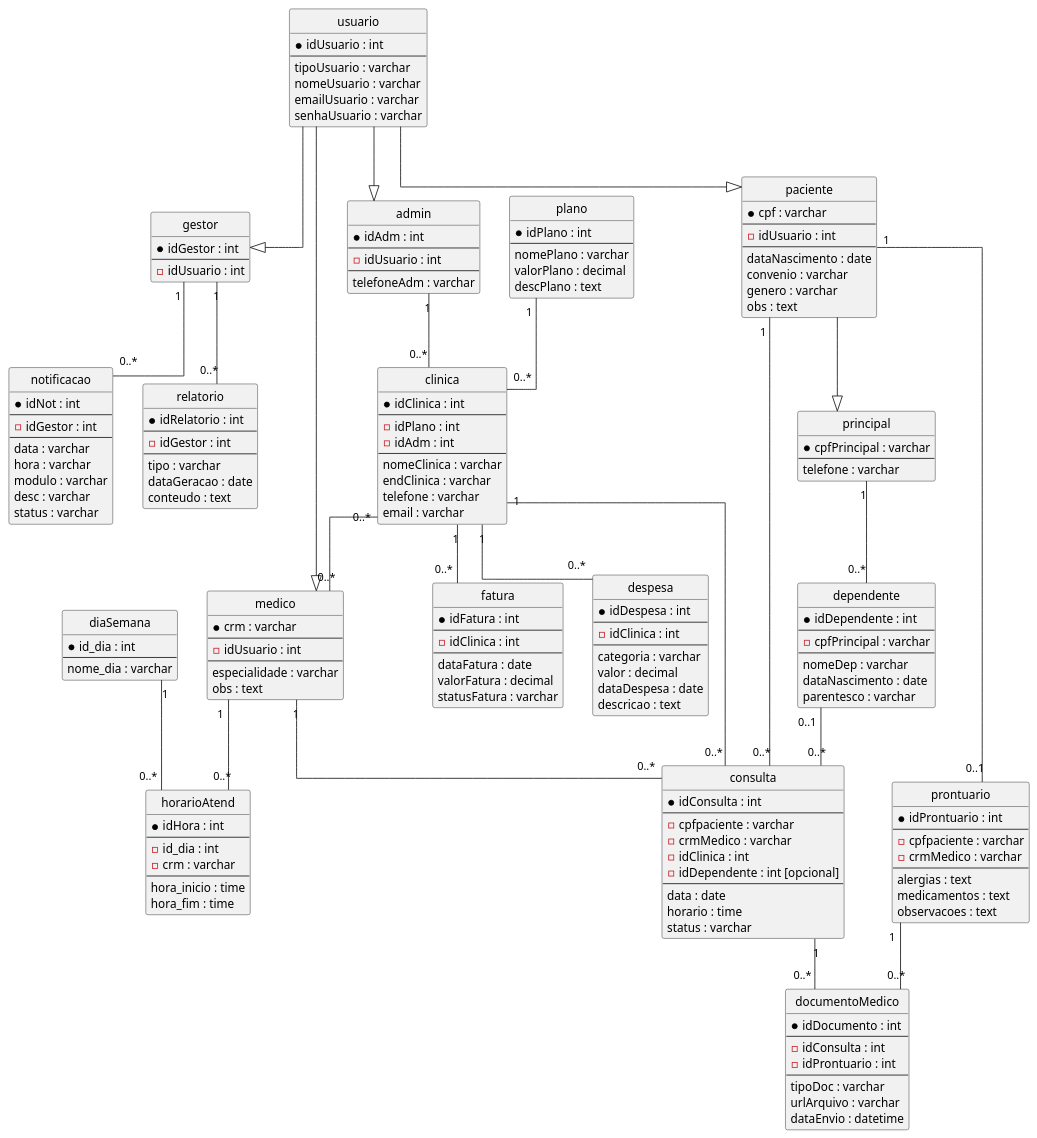
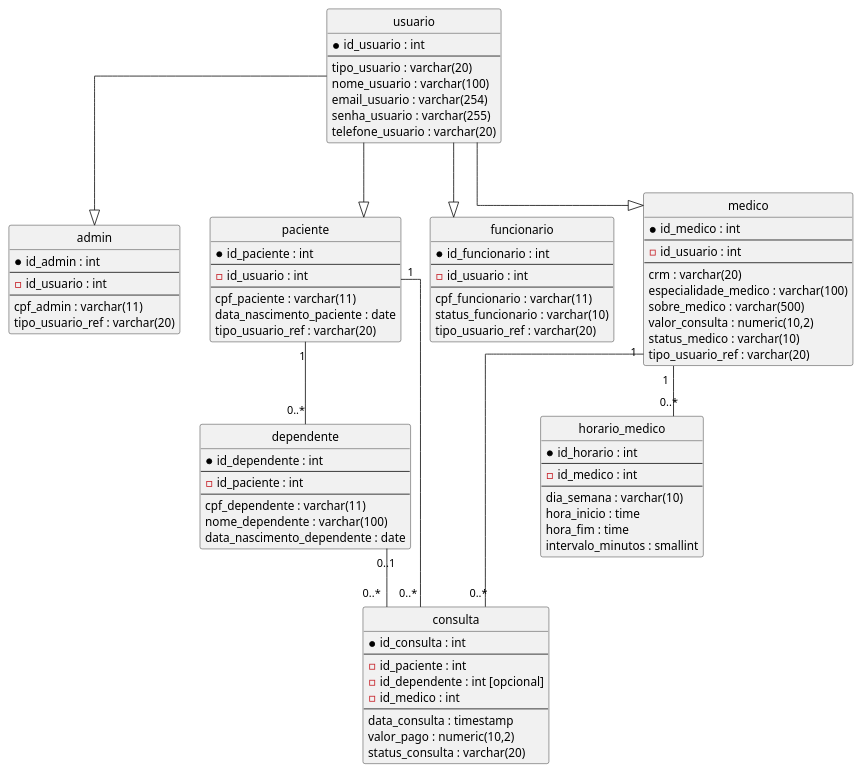
Before and after one commit to InsaneCaio/SICA: the diagram in docs/diagrama ER.md, drawn with PlantUML. The commit also changed other lines of this file, not shown here.

Commit message:
Refactor ER diagram and update entity attributes

````diff
--- a/docs/diagrama ER.md
+++ b/docs/diagrama ER.md
@@ -11,208 +12,103 @@
 skinparam linetype ortho
 
 entity "usuario" as usuario {
-    * idUsuario : int
+    * id_usuario : int
     --
-    tipoUsuario : varchar
-    nomeUsuario : varchar
-    emailUsuario : varchar
-    senhaUsuario : varchar
-}
-
-entity "gestor" as gestor {
-    * idGestor : int
-    --
-    - idUsuario : int
+    tipo_usuario : varchar(20)
+    nome_usuario : varchar(100)
+    email_usuario : varchar(254)
+    senha_usuario : varchar(255)
+    telefone_usuario : varchar(20)
 }
 
 entity "admin" as admin {
-    * idAdm : int
+    * id_admin : int
     --
-    - idUsuario : int
+    - id_usuario : int
     --
-    telefoneAdm : varchar
+    cpf_admin : varchar(11)
+    tipo_usuario_ref : varchar(20)
+}
+
+entity "paciente" as paciente {
+    * id_paciente : int
+    --
+    - id_usuario : int
+    --
+    cpf_paciente : varchar(11)
+    data_nascimento_paciente : date
+    tipo_usuario_ref : varchar(20)
+}
+
+entity "dependente" as dependente {
+    * id_dependente : int
+    --
+    - id_paciente : int
+    --
+    cpf_dependente : varchar(11)
+    nome_dependente : varchar(100)
+    data_nascimento_dependente : date
+}
+
+entity "funcionario" as funcionario {
+    * id_funcionario : int
+    --
+    - id_usuario : int
+    --
+    cpf_funcionario : varchar(11)
+    status_funcionario : varchar(10)
+    tipo_usuario_ref : varchar(20)
 }
 
 entity "medico" as medico {
-    * crm : varchar
+    * id_medico : int
     --
-    - idUsuario : int
+    - id_usuario : int
     --
-    especialidade : varchar
-    obs : text
+    crm : varchar(20)
+    especialidade_medico : varchar(100)
+    sobre_medico : varchar(500)
+    valor_consulta : numeric(10,2)
+    status_medico : varchar(10)
+    tipo_usuario_ref : varchar(20)
 }
 
-entity "paciente" as paciente {
-    * cpf : varchar
+entity "horario_medico" as horario_medico {
+    * id_horario : int
     --
-    - idUsuario : int
+    - id_medico : int
     --
-    dataNascimento : date
-    convenio : varchar
-    genero : varchar
-    obs : text
-}
-
-entity "principal" as principal {
-    * cpfPrincipal : varchar
-    --
-    telefone : varchar
-}
-
-entity "dependente" as dependente {
-    * idDependente : int
-    --
-    - cpfPrincipal : varchar
-    --
-    nomeDep : varchar
-    dataNascimento : date
-    parentesco : varchar
-}
-
-entity "notificacao" as notificacao {
-    * idNot : int
-    --
-    - idGestor : int
-    --
-    data : varchar
-    hora : varchar
-    modulo : varchar
-    desc : varchar
-    status : varchar
-}
-
-entity "diaSemana" as diaSemana {
-    * id_dia : int
-    --
-    nome_dia : varchar
-}
-
-entity "horarioAtend" as horarioAtend {
-    * idHora : int
-    --
-    - id_dia : int
-    - crm : varchar
-    --
+    dia_semana : varchar(10)
     hora_inicio : time
     hora_fim : time
-}
-
-entity "plano" as plano {
-    * idPlano : int
-    --
-    nomePlano : varchar
-    valorPlano : decimal
-    descPlano : text
-}
-
-entity "clinica" as clinica {
-    * idClinica : int
-    --
-    - idPlano : int
-    - idAdm : int
-    --
-    nomeClinica : varchar
-    endClinica : varchar
-    telefone : varchar
-    email : varchar
-}
-
-entity "fatura" as fatura {
-    * idFatura : int
-    --
-    - idClinica : int
-    --
-    dataFatura : date
-    valorFatura : decimal
-    statusFatura : varchar
-}
-
-entity "despesa" as despesa {
-    * idDespesa : int
-    --
-    - idClinica : int
-    --
-    categoria : varchar
-    valor : decimal
-    dataDespesa : date
-    descricao : text
-}
-
-entity "relatorio" as relatorio {
-    * idRelatorio : int
-    --
-    - idGestor : int
-    --
-    tipo : varchar
-    dataGeracao : date
-    conteudo : text
+    intervalo_minutos : smallint
 }
 
 entity "consulta" as consulta {
-    * idConsulta : int
+    * id_consulta : int
     --
-    - cpfpaciente : varchar
-    - crmMedico : varchar
-    - idClinica : int
-    - idDependente : int [opcional]
+    - id_paciente : int
+    - id_dependente : int [opcional]
+    - id_medico : int
     --
-    data : date
-    horario : time
-    status : varchar
+    data_consulta : timestamp
+    valor_pago : numeric(10,2)
+    status_consulta : varchar(20)
 }
 
-entity "prontuario" as prontuario {
-    * idProntuario : int
-    --
-    - cpfpaciente : varchar
-    - crmMedico : varchar
-    --
-    alergias : text
-    medicamentos : text
-    observacoes : text
-}
-
-entity "documentoMedico" as documentoMedico {
-    * idDocumento : int
-    --
-    - idConsulta : int
-    - idProntuario : int
-    --
-    tipoDoc : varchar
-    urlArquivo : varchar
-    dataEnvio : datetime
-}
-
-' HERANÇA
-usuario --|> gestor
+' HERANÇA (ESPECIALIZAÇÃO)
 usuario --|> admin
+usuario --|> paciente
+usuario --|> funcionario
 usuario --|> medico
-usuario --|> paciente
-
-paciente --|> principal
 
 ' RELACIONAMENTOS
-principal "1" -- "0..*" dependente
-medico "1" -- "0..*" horarioAtend
-diaSemana "1" -- "0..*" horarioAtend
-
-plano "1" -- "0..*" clinica
-admin "1" -- "0..*" clinica
-gestor "1" -- "0..*" notificacao
-gestor "1" -- "0..*" relatorio
-
-clinica "1" -- "0..*" fatura
-clinica "1" -- "0..*" despesa
-clinica "0..*" -- "0..*" medico
-
+paciente "1" -- "0..*" dependente
 paciente "1" -- "0..*" consulta
-medico "1" -- "0..*" consulta
-clinica "1" -- "0..*" consulta
 dependente "0..1" -- "0..*" consulta
 
-paciente "1" -- "0..1" prontuario
-prontuario "1" -- "0..*" documentoMedico
-consulta "1" -- "0..*" documentoMedico
+medico "1" -- "0..*" horario_medico
+medico "1" -- "0..*" consulta
 
 @enduml
 ```
````
